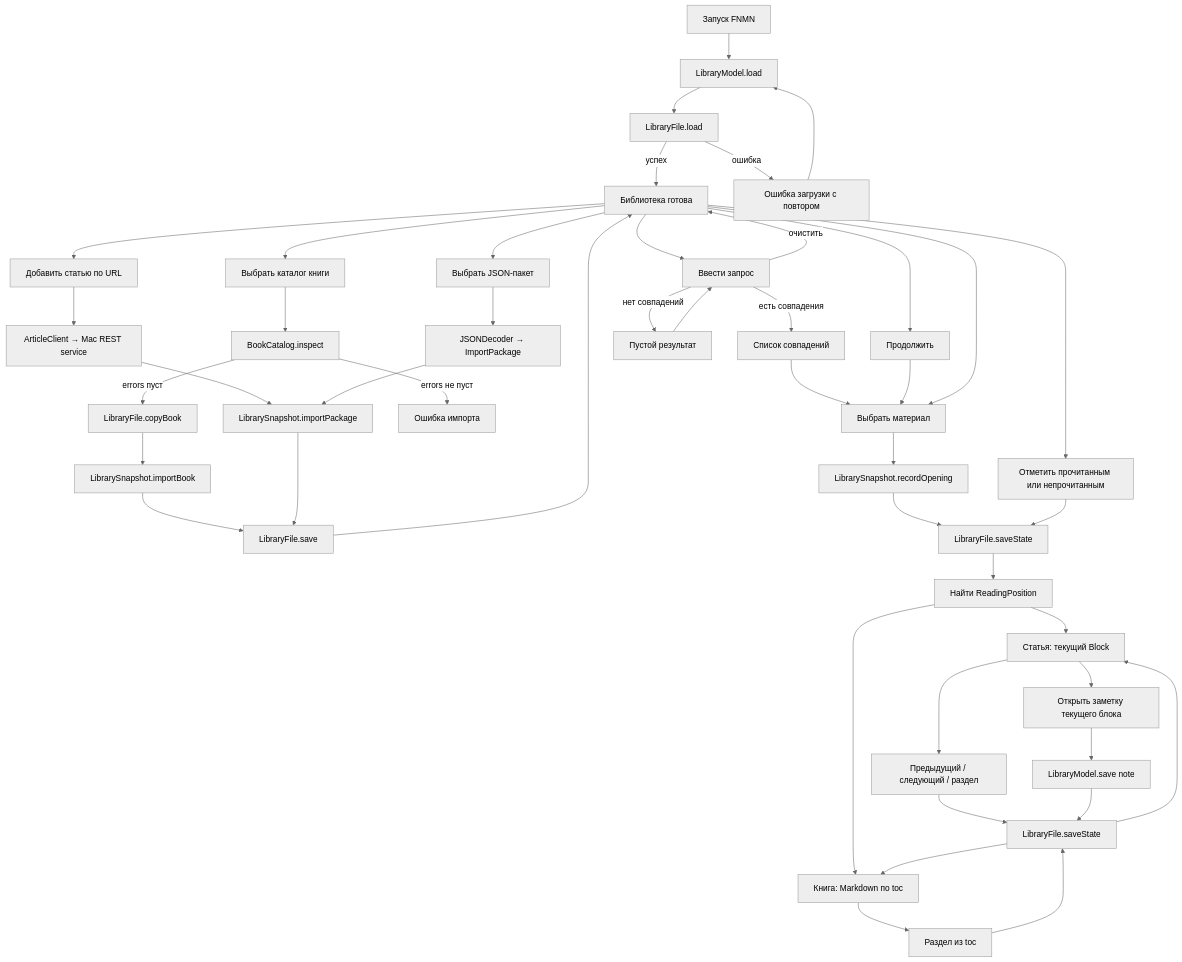
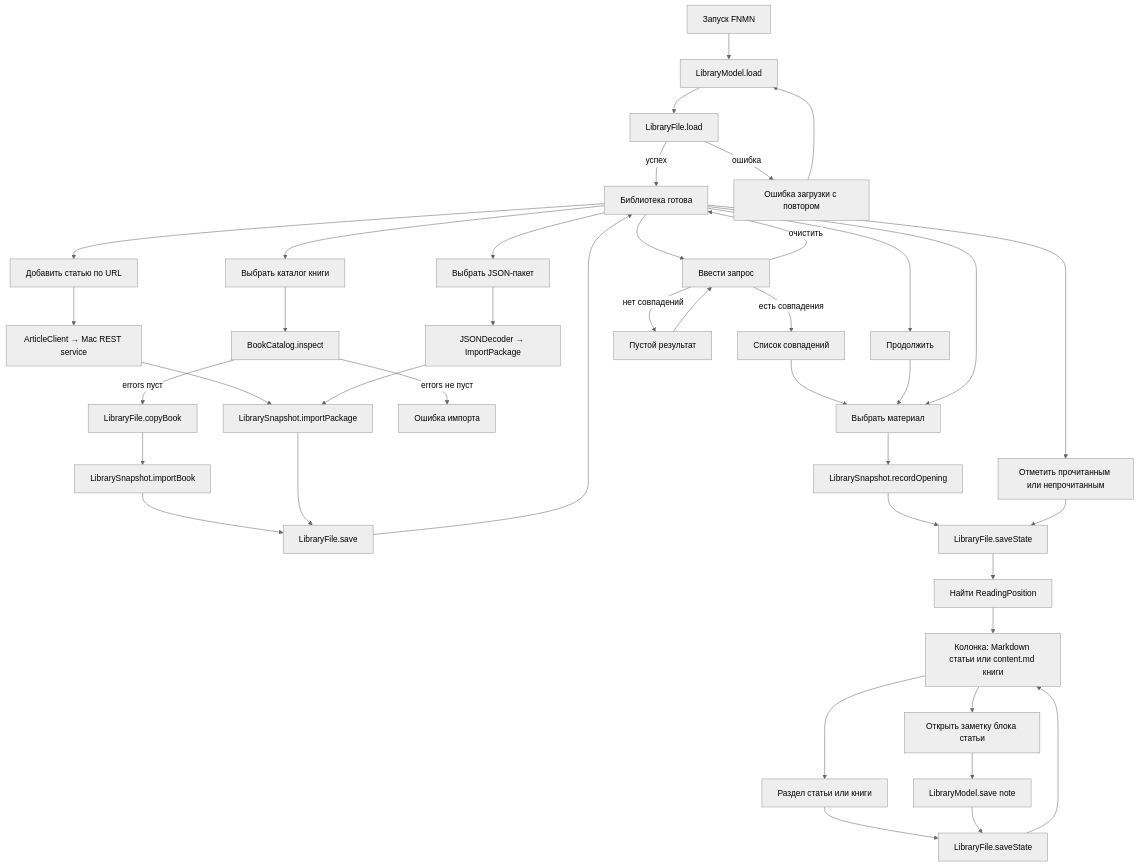
Before and after one commit to vladkalinichencko/fnmn-app: the first of 9 diagrams in APP_SPEC.md, drawn with Mermaid (neutral theme). The commit also changed other lines of this file and 31 other files, not shown here.

````diff
--- a/APP_SPEC.md
+++ b/APP_SPEC.md
@@ -24,49 +24,45 @@
 ```mermaid
 flowchart TD
     Launch[Запуск FNMN] --> Load[LibraryModel.load]
     Load --> ReadDisk[LibraryFile.load]
     ReadDisk -->|успех| Library[Библиотека готова]
     ReadDisk -->|ошибка| LoadError[Ошибка загрузки с повтором]
     LoadError --> Load
 
     Library --> AddURL[Добавить статью по URL]
     AddURL --> Prepare[ArticleClient → Mac REST service]
     Prepare --> Import[LibrarySnapshot.importPackage]
     Library --> AddJSON[Выбрать JSON-пакет]
     AddJSON --> Decode[JSONDecoder → ImportPackage]
     Decode --> Import
     Library --> AddBook[Выбрать каталог книги]
     AddBook --> Inspect[BookCatalog.inspect]
     Inspect -->|errors пуст| CopyBook[LibraryFile.copyBook]
     Inspect -->|errors не пуст| ImportFail[Ошибка импорта]
     CopyBook --> SaveBook[LibrarySnapshot.importBook]
     SaveBook --> Persist
     Import --> Persist[LibraryFile.save]
     Persist --> Library
 
     Library --> Search[Ввести запрос]
     Search -->|есть совпадения| Results[Список совпадений]
     Search -->|нет совпадений| NoResults[Пустой результат]
     Results --> Select
     NoResults --> Search
     Search -->|очистить| Library
     Library --> Continue[Продолжить]
     Continue --> Select
     Library --> Select[Выбрать материал]
     Select --> RecordOpen[LibrarySnapshot.recordOpening]
     RecordOpen --> PersistState[LibraryFile.saveState]
     PersistState --> Restore[Найти ReadingPosition]
-    Restore --> Reader[Статья: текущий Block]
-    Restore --> BookReader[Книга: Markdown по toc]
+    Restore --> Column[Колонка: Markdown статьи или content.md книги]
     Library --> MarkRead[Отметить прочитанным или непрочитанным]
     MarkRead --> PersistState
-    Reader --> Move[Предыдущий / следующий / раздел]
+    Column --> Move[Раздел статьи или книги]
     Move --> SavePosition[LibraryFile.saveState]
-    SavePosition --> Reader
-    BookReader --> BookSection[Раздел из toc]
-    BookSection --> SavePosition
-    SavePosition --> BookReader
-    Reader --> EditNote[Открыть заметку текущего блока]
+    SavePosition --> Column
+    Column --> EditNote[Открыть заметку блока статьи]
     EditNote --> SaveNote[LibraryModel.save note]
     SaveNote --> SavePosition
 ```
````
